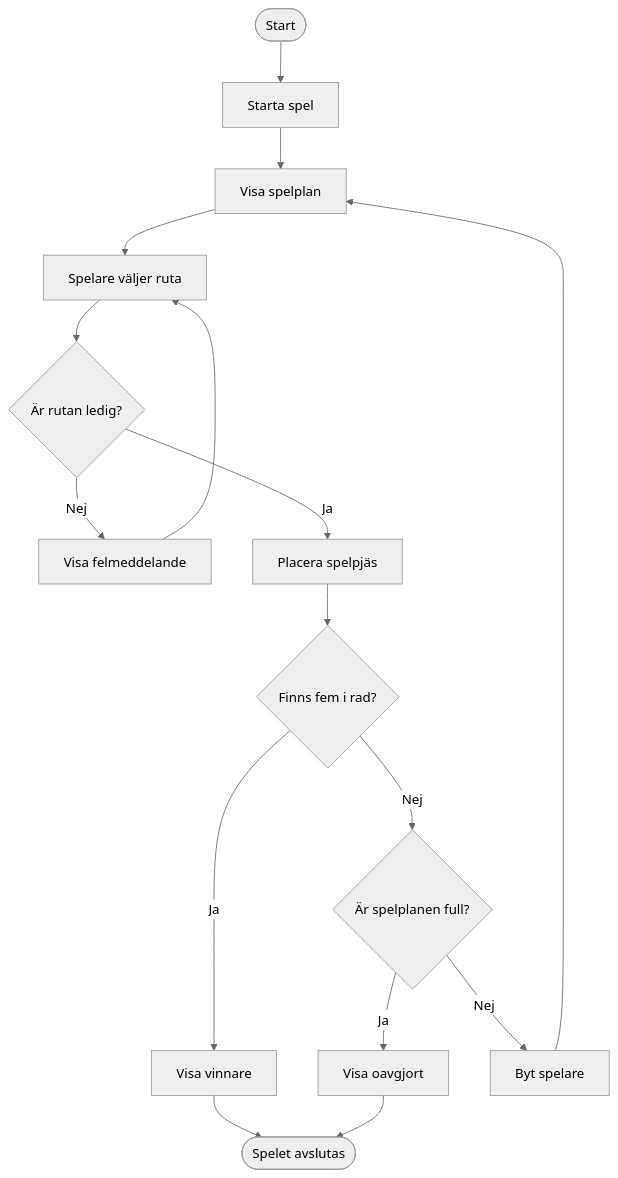
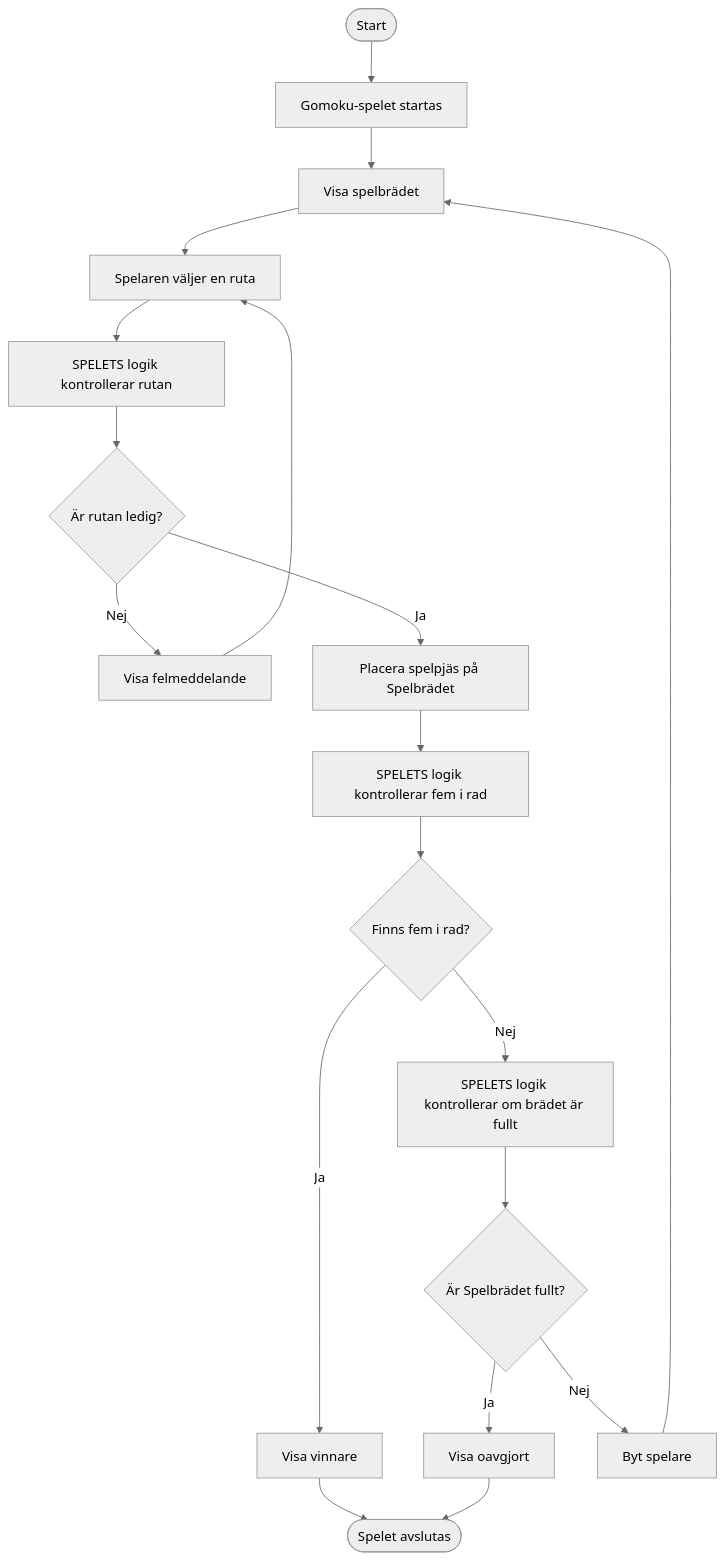
Before and after one commit to abdelkalkon-bit/GomokuProjektTeam4: the diagram in Docs-Krav-och-use-cases/Gomoku-krav/UML/02-aktivitetsdiagram-Gomoku.md, drawn with Mermaid (neutral theme).

Commit message:
Update Gomoku activity diagram and descriptions

````diff
--- a/Docs-Krav-och-use-cases/Gomoku-krav/UML/02-aktivitetsdiagram-Gomoku.md
+++ b/Docs-Krav-och-use-cases/Gomoku-krav/UML/02-aktivitetsdiagram-Gomoku.md
@@ -7,25 +7,32 @@
 ```mermaid
 flowchart TD
-    A([Start]) --> B[Starta spel]
-    B --> C[Visa spelplan]
-    C --> D[Spelare väljer ruta]
+    A([Start]) --> B[Gomoku-spelet startas]
+    B --> C[Visa spelbrädet]
+    C --> D[Spelaren väljer en ruta]
 
-    D --> E{Är rutan ledig?}
+    D --> E[SPELETS logik kontrollerar rutan]
 
-    E -- Nej --> F[Visa felmeddelande]
-    F --> D
+    E --> F{Är rutan ledig?}
 
-    E -- Ja --> G[Placera spelpjäs]
-    G --> H{Finns fem i rad?}
+    F -- Nej --> G[Visa felmeddelande]
+    G --> D
 
-    H -- Ja --> I[Visa vinnare]
-    I --> J([Spelet avslutas])
+    F -- Ja --> H[Placera spelpjäs på Spelbrädet]
 
-    H -- Nej --> K{Är spelplanen full?}
+    H --> I[SPELETS logik kontrollerar fem i rad]
 
-    K -- Ja --> L[Visa oavgjort]
-    L --> J
+    I --> J{Finns fem i rad?}
 
-    K -- Nej --> M[Byt spelare]
-    M --> C
+    J -- Ja --> K[Visa vinnare]
+    K --> L([Spelet avslutas])
+
+    J -- Nej --> M[SPELETS logik kontrollerar om brädet är fullt]
+
+    M --> N{Är Spelbrädet fullt?}
+
+    N -- Ja --> O[Visa oavgjort]
+    O --> L
+
+    N -- Nej --> P[Byt spelare]
+    P --> C
 ```
````
